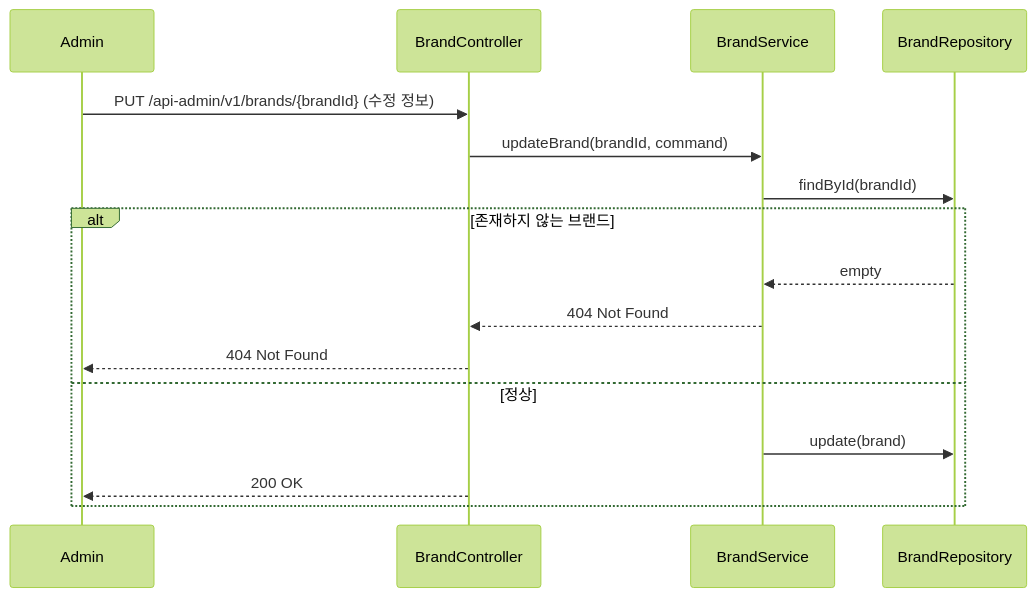
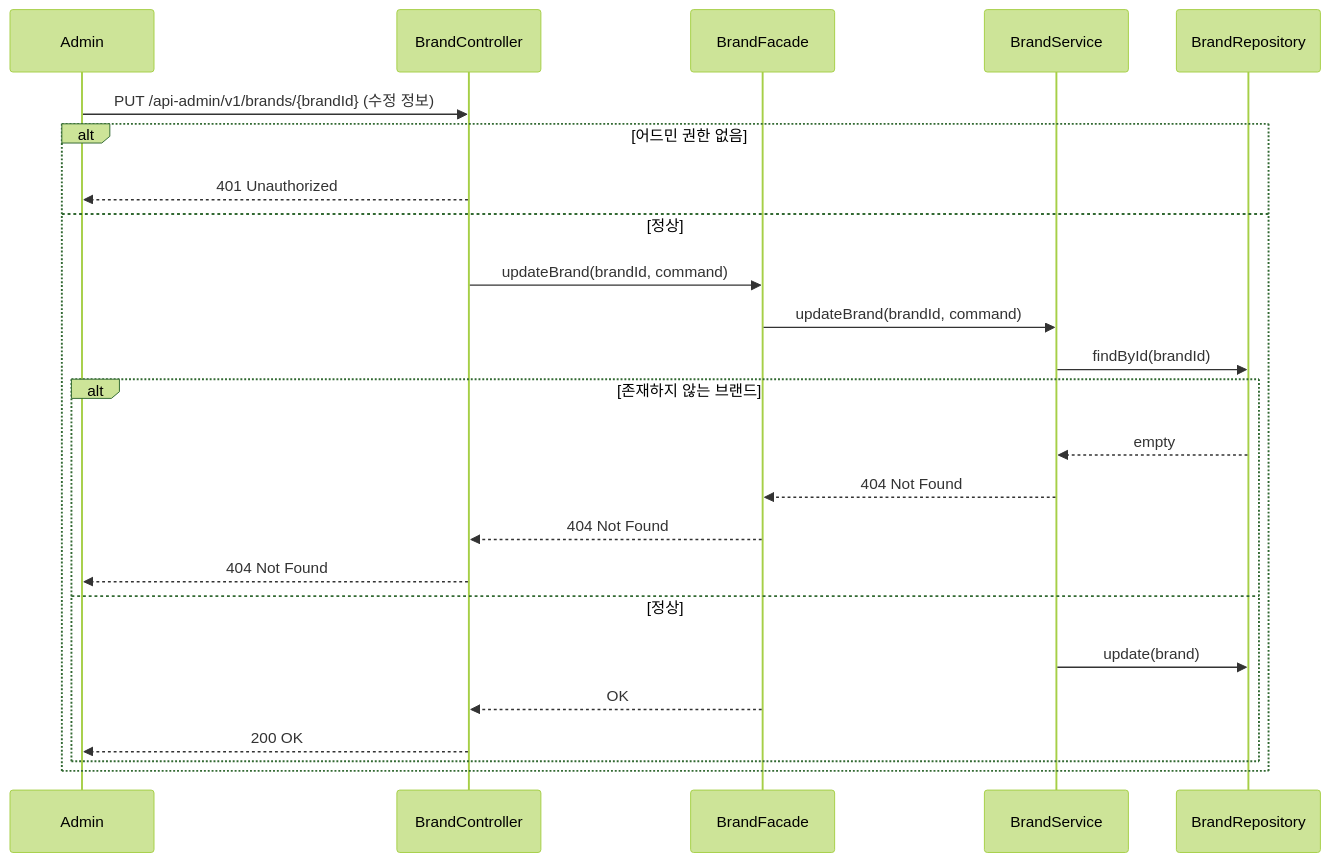
One commit to loopers-labs/loop-pack-be-l2-vol4-java changed the ninth of 33 diagrams in .docs/design/sequence-diagrams.md. Above: the diagram before and after it, drawn with Mermaid (forest theme). The commit also changed other lines of this file, not shown here.

Commit message:
fix: 시퀀스 다이어그램 파사드 추가

````diff
--- a/.docs/design/sequence-diagrams.md
+++ b/.docs/design/sequence-diagrams.md
@@ -206,20 +227,27 @@
 ```mermaid
 sequenceDiagram
     participant Admin
     participant BrandController
+    participant BrandFacade
     participant BrandService
     participant BrandRepository
 
     Admin->>BrandController: PUT /api-admin/v1/brands/{brandId} (수정 정보)
-    BrandController->>BrandService: updateBrand(brandId, command)
-    BrandService->>BrandRepository: findById(brandId)
-
-    alt 존재하지 않는 브랜드
-        BrandRepository-->>BrandService: empty
-        BrandService-->>BrandController: 404 Not Found
-        BrandController-->>Admin: 404 Not Found
+    alt 어드민 권한 없음
+        BrandController-->>Admin: 401 Unauthorized
     else 정상
-        BrandService->>BrandRepository: update(brand)
-        BrandController-->>Admin: 200 OK
+        BrandController->>BrandFacade: updateBrand(brandId, command)
+        BrandFacade->>BrandService: updateBrand(brandId, command)
+        BrandService->>BrandRepository: findById(brandId)
+        alt 존재하지 않는 브랜드
+            BrandRepository-->>BrandService: empty
+            BrandService-->>BrandFacade: 404 Not Found
+            BrandFacade-->>BrandController: 404 Not Found
+            BrandController-->>Admin: 404 Not Found
+        else 정상
+            BrandService->>BrandRepository: update(brand)
+            BrandFacade-->>BrandController: OK
+            BrandController-->>Admin: 200 OK
+        end
     end
 ```
````
